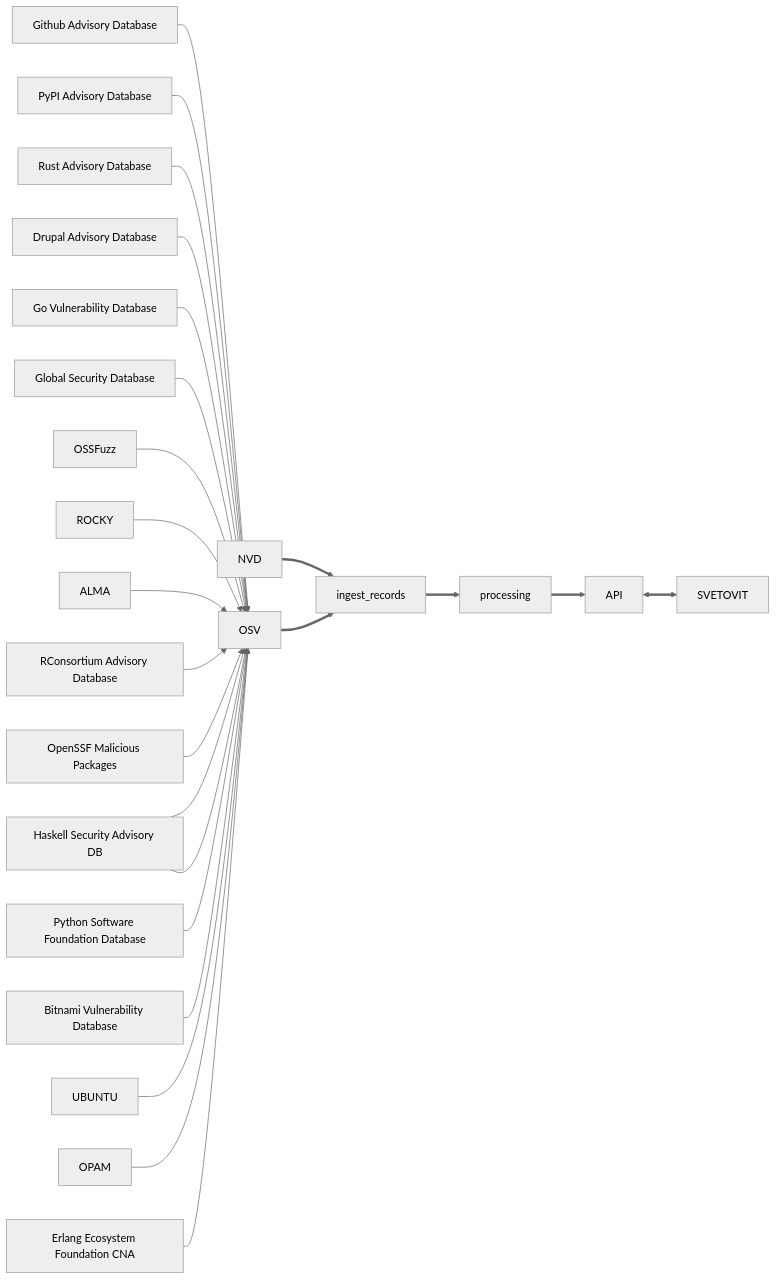
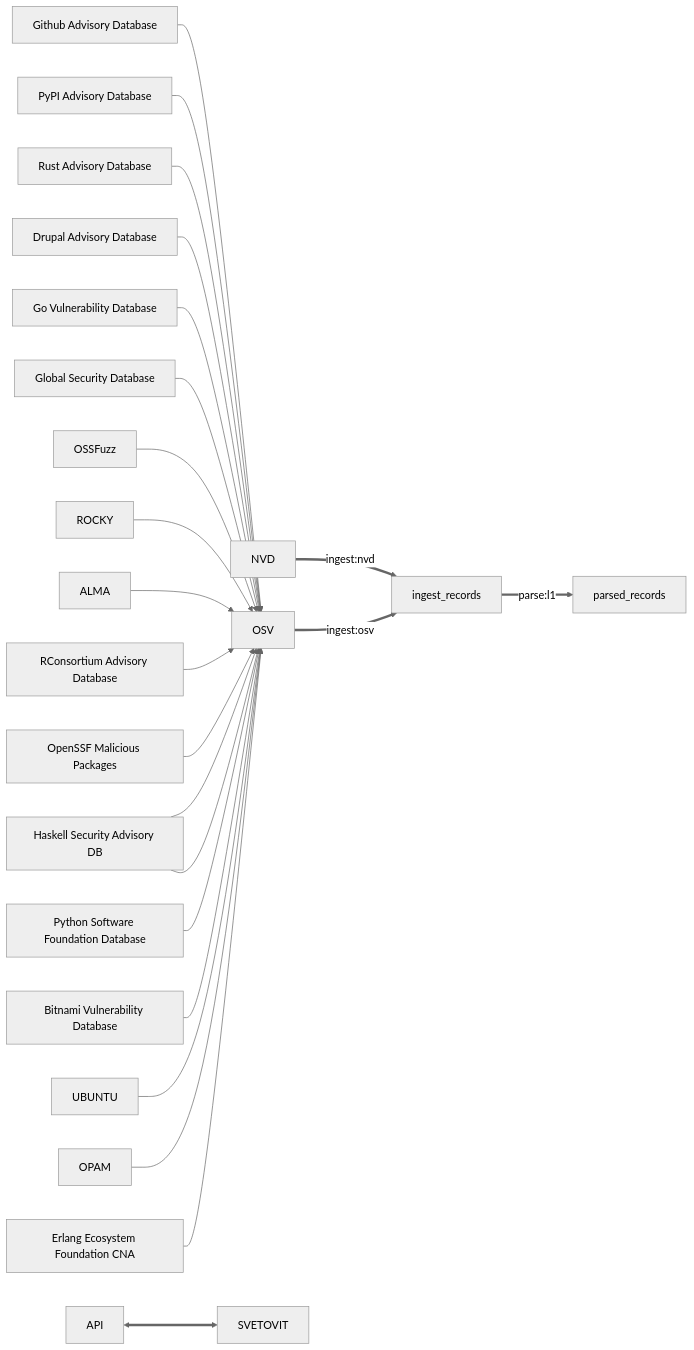
Before and after one commit to TadeasDitte/rozhanitsy-deshittified: the diagram in wiki/graphs/flowchart.mmd, drawn with Mermaid (neutral theme).

Commit message:
docs: updated flowchart

```diff
--- a/wiki/graphs/flowchart.mmd
+++ b/wiki/graphs/flowchart.mmd
@@ -1,23 +1,24 @@
 flowchart LR
-    NVD ==> I[ingest_records]
-    OSV ==> I 
+    NVD ==>|ingest:nvd| I[ingest_records]
+    OSV ==>|ingest:osv| I
     
     GHA[Github Advisory Database] --> OSV
     PyPI[PyPI Advisory Database] --> OSV
     RUST[Rust Advisory Database] --> OSV
     DRUPAL[Drupal Advisory Database] --> OSV
     GO[Go Vulnerability Database] --> OSV
     GAD[Global Security Database] --> OSV
     OSSFuzz --> OSV
     ROCKY --> OSV
     ALMA --> OSV
     HASKELL[Haskell Security Advisories] --> OSV
     RCON[RConsortium Advisory Database] --> OSV
     OSSF[OpenSSF Malicious Packages] --> OSV
     PSFD[Python Software Foundation Database] --> OSV
     BITNAMI[Bitnami Vulnerability Database] --> OSV
     HASKELL[Haskell Security Advisory DB] --> OSV
     UBUNTU --> OSV
     OPAM --> OSV
     ERLANG[Erlang Ecosystem Foundation CNA] --> OSV
-    I ==> processing ==> API <==>SVETOVIT
+    I ==>|parse:l1| P[parsed_records]
+    API <==>SVETOVIT
```
